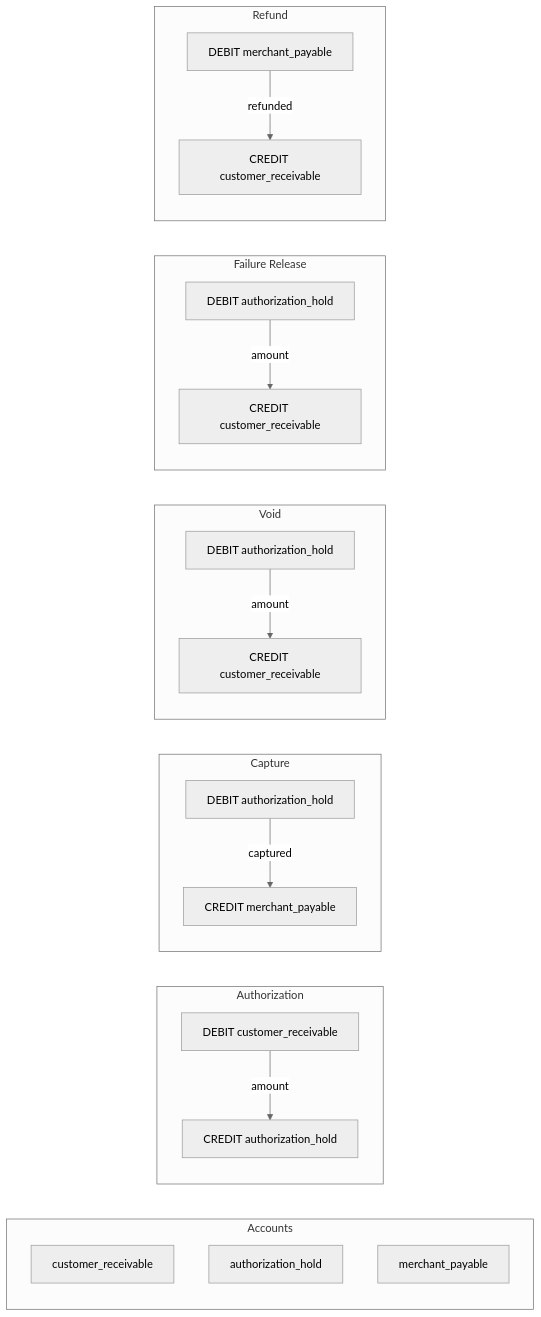
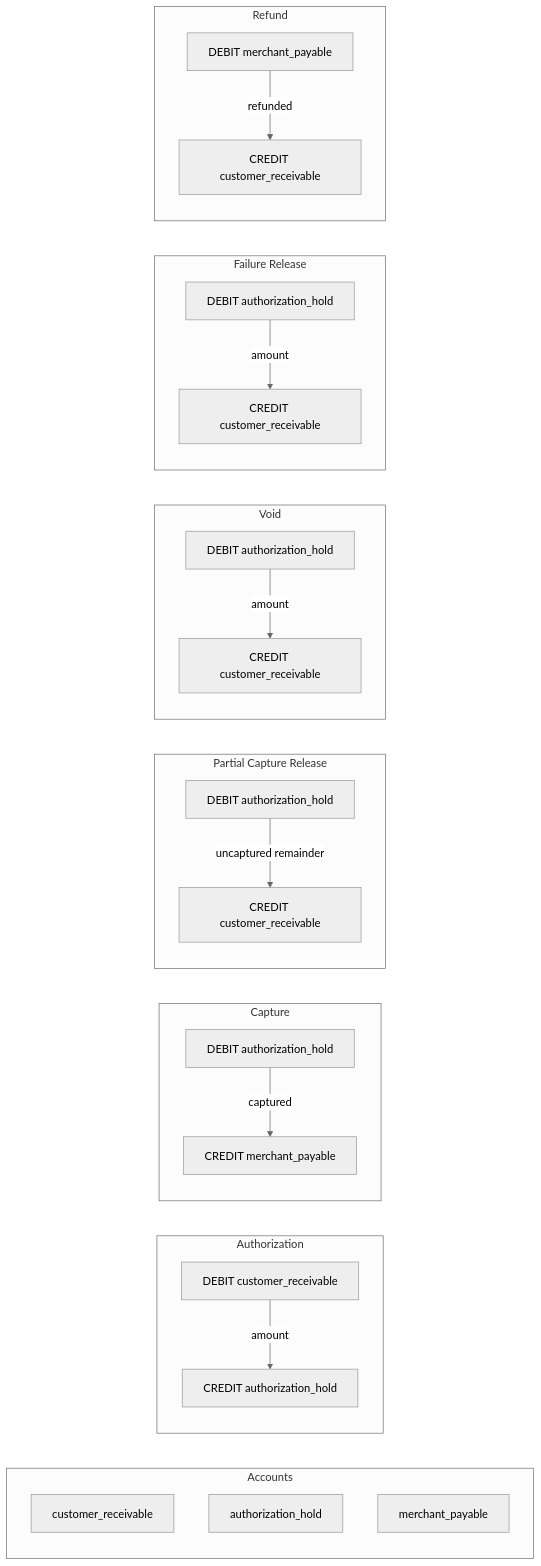
The fifth of 8 diagrams in services/payment-service/README.md (sunitakeazycommerz-a11y/InstaCommerce), drawn with Mermaid (neutral theme) before and after one commit. The commit also changed other lines of this file and 6 other files, not shown here.

First line of the commit message:
fix(payment): release partial-capture auth remainder (Wave 12)

````diff
--- a/services/payment-service/README.md
+++ b/services/payment-service/README.md
@@ -215,28 +216,32 @@
 ```mermaid
 flowchart LR
     subgraph Accounts
         CR[customer_receivable]
         AH[authorization_hold]
         MP[merchant_payable]
     end
 
     subgraph Authorization
         A1[DEBIT customer_receivable] -->|amount| A2[CREDIT authorization_hold]
     end
 
     subgraph Capture
         C1[DEBIT authorization_hold] -->|captured| C2[CREDIT merchant_payable]
     end
 
+    subgraph Partial Capture Release
+        PC1[DEBIT authorization_hold] -->|uncaptured remainder| PC2[CREDIT customer_receivable]
+    end
+
     subgraph Void
         V1[DEBIT authorization_hold] -->|amount| V2[CREDIT customer_receivable]
     end
 
     subgraph Failure Release
         F1[DEBIT authorization_hold] -->|amount| F2[CREDIT customer_receivable]
     end
 
     subgraph Refund
         R1[DEBIT merchant_payable] -->|refunded| R2[CREDIT customer_receivable]
     end
 ```
````
